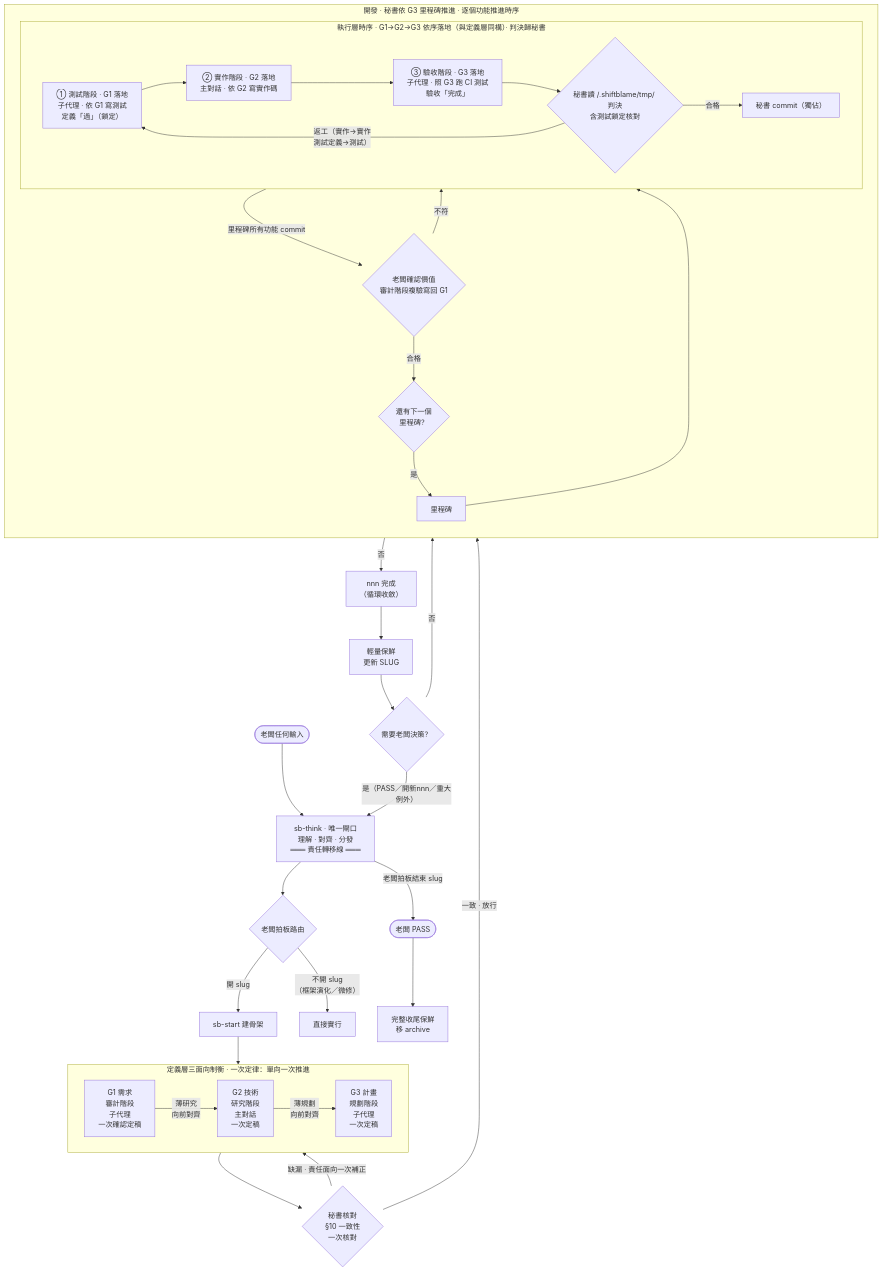
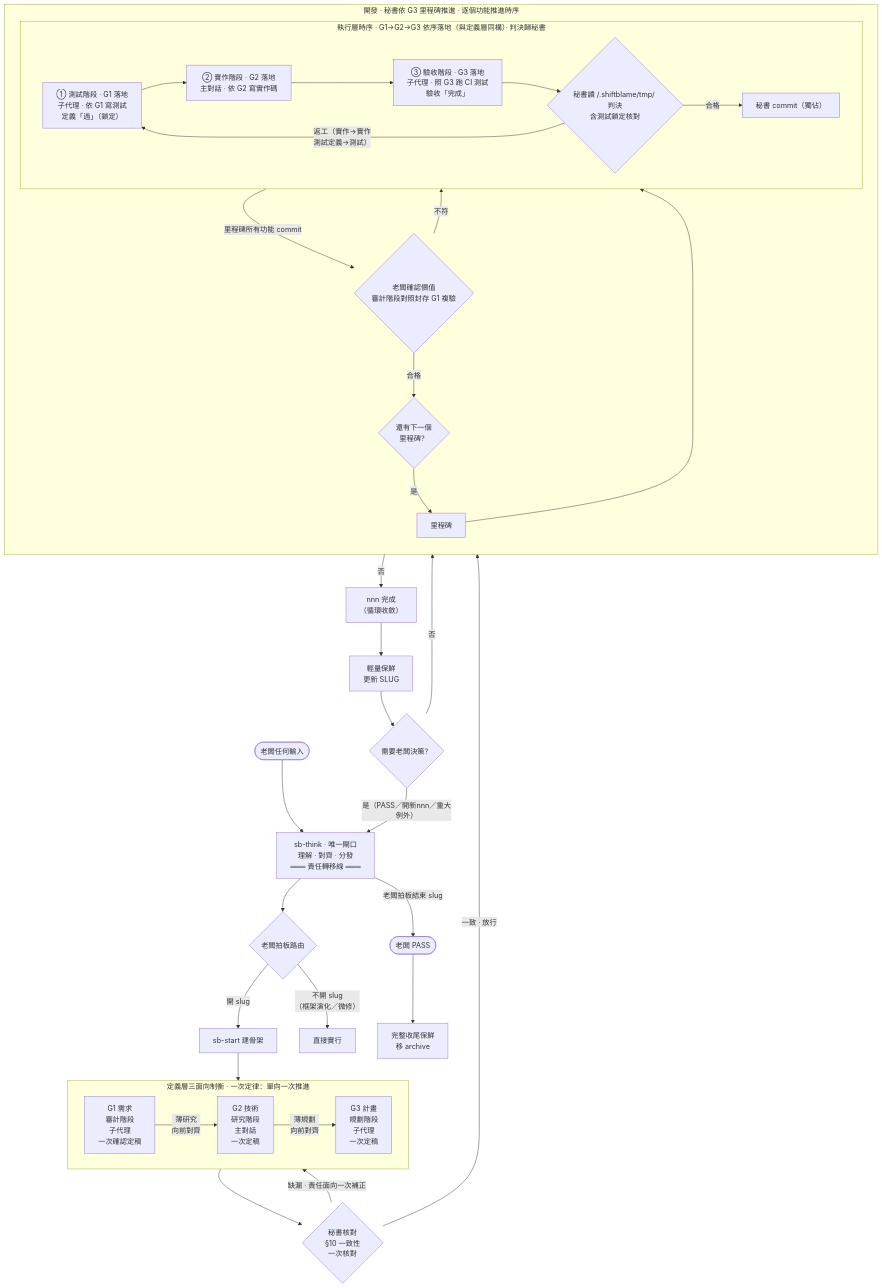
Before and after one commit to teps3105/shiftblame: the first of 2 diagrams in README.md, drawn with Mermaid. The commit also changed other lines of this file and 21 other files, not shown here.

````diff
--- a/README.md
+++ b/README.md
@@ -47,42 +48,42 @@
 ```mermaid
 flowchart TD
     Boss([老闆任何輸入]) --> Think["sb-think · 唯一閘口<br/>理解 · 對齊 · 分發<br/>═══ 責任轉移線 ═══"]
     Think --> Route{老闆拍板路由}
     Route -- "開 slug" --> Start["sb-start 建骨架"] --> Check
     Route -- "不開 slug<br/>（框架演化／微修）" --> Direct["直接實行"]
 
     subgraph Check["定義層三面向制衡 · 一次定律：單向一次推進"]
         direction LR
         G1["G1 需求<br/>審計階段<br/>子代理<br/>一次確認定稿"] -->|薄研究<br/>向前對齊| G2["G2 技術<br/>研究階段<br/>主對話<br/>一次定稿"]
         G2 -->|薄規劃<br/>向前對齊| G3["G3 計畫<br/>規劃階段<br/>子代理<br/>一次定稿"]
     end
 
     Check --> Consist{秘書核對<br/>§10 一致性<br/>一次核對}
     Consist -- 缺漏 · 責任面向一次補正 --> Check
     Consist -- 一致 · 放行 --> Dev
 
     subgraph Dev["開發 · 秘書依 G3 里程碑推進 · 逐個功能推進時序"]
         direction TB
         MS["里程碑"] --> Loop
         subgraph Loop["執行層時序 · G1→G2→G3 依序落地（與定義層同構）· 判決歸秘書"]
             direction LR
             T["① 測試階段 · G1 落地<br/>子代理 · 依 G1 寫測試<br/>定義「過」（鎖定）"] --> D["② 實作階段 · G2 落地<br/>主對話 · 依 G2 寫實作碼"]
             D --> A["③ 驗收階段 · G3 落地<br/>子代理 · 照 G3 跑 CI 測試<br/>驗收「完成」"]
             A --> Judge{秘書讀 <repo>/.shiftblame/tmp/ 判決<br/>含測試鎖定核對}
             Judge -- 合格 --> Commit["秘書 commit（獨佔）"]
             Judge -- "返工（實作→實作<br/>測試定義→測試）" --> T
         end
-        Loop -- 里程碑所有功能 commit --> MA{"老闆確認價值<br/>審計階段複驗寫回 G1"}
+        Loop -- 里程碑所有功能 commit --> MA{"老闆確認價值<br/>審計階段對照封存 G1 複驗"}
         MA -- 不符 --> Loop
         MA -- 合格 --> Next{還有下一個<br/>里程碑？}
         Next -- 是 --> MS
     end
 
     Next -- 否 --> NnnDone["nnn 完成<br/>（循環收斂）"]
     NnnDone --> LightFresh["輕量保鮮<br/>更新 SLUG"]
     LightFresh --> Decide{"需要老闆決策？"}
     Decide -- 是（PASS／開新nnn／重大例外） --> Think
     Decide -- 否 --> Dev
     Think -- 老闆拍板結束 slug --> Pass([老闆 PASS])
     Pass --> FullFresh["完整收尾保鮮<br/>移 archive"]
 ```
````
